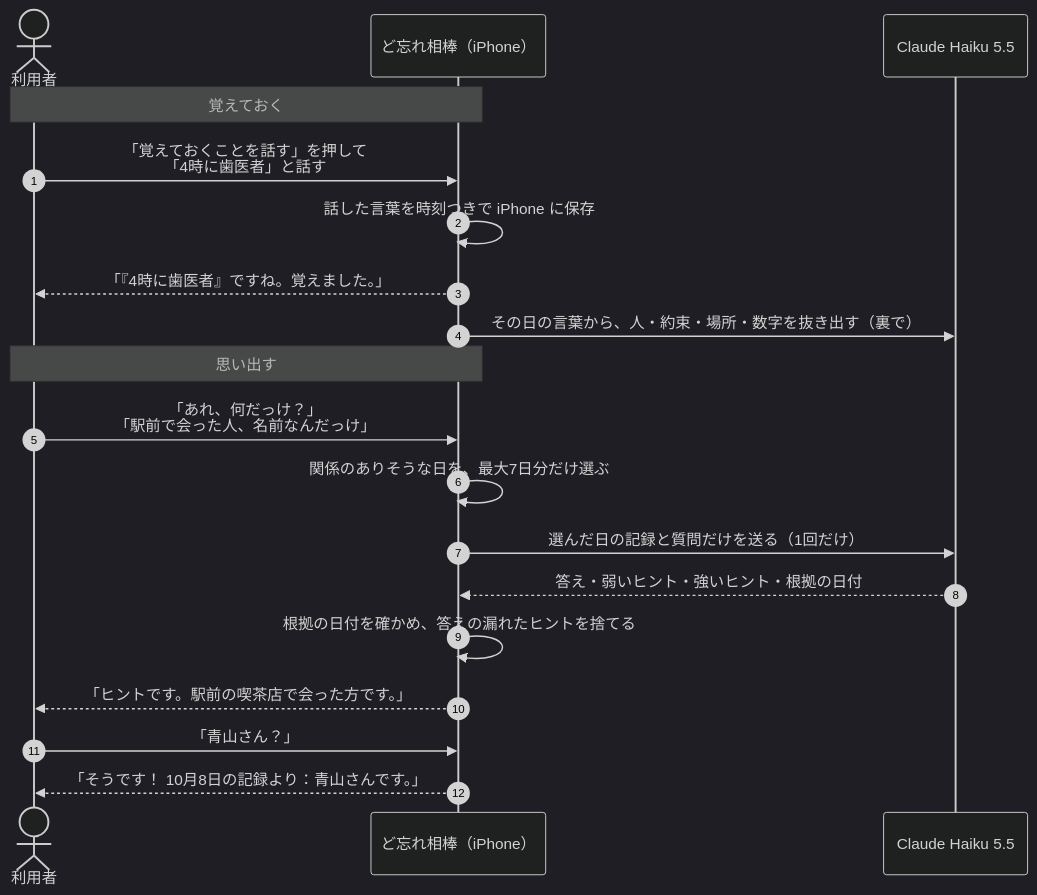
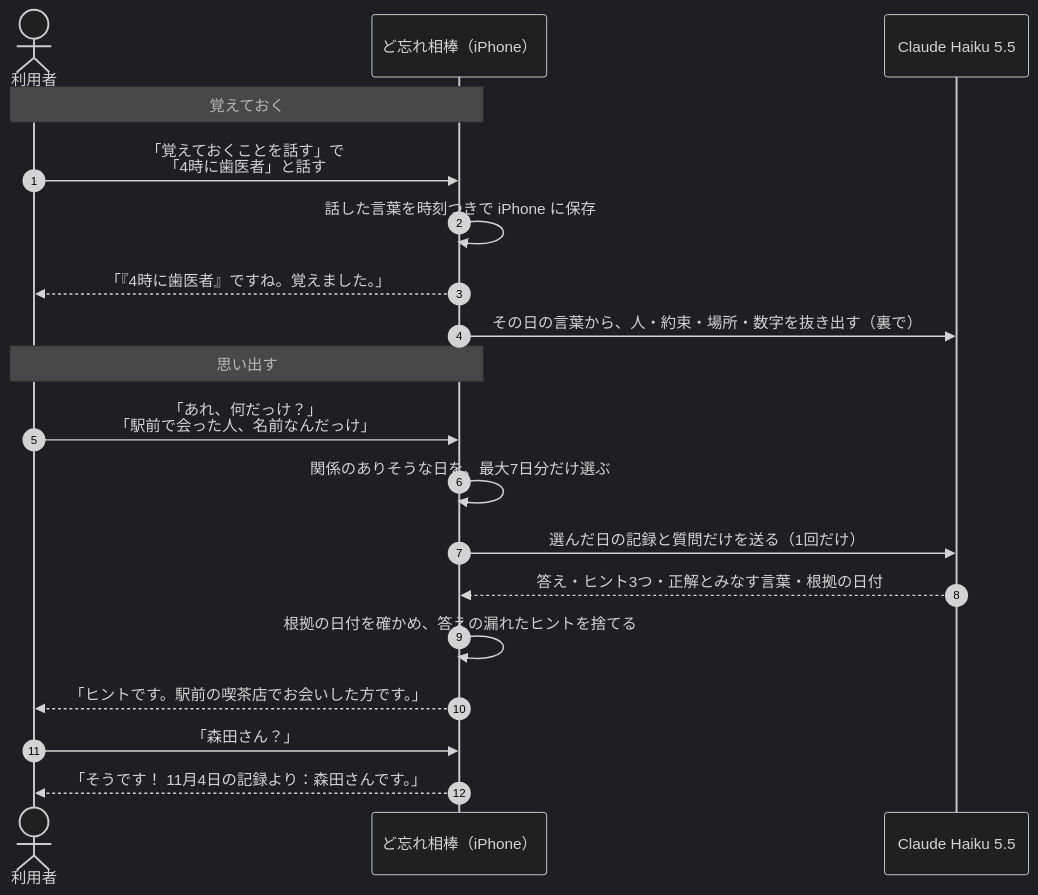
One commit to TadFuji/dowasure-aibou changed the first of 2 diagrams in README.md. Above: the diagram before and after it, drawn with Mermaid (dark theme). The commit also changed other lines of this file and 13 other files, not shown here.

````diff
--- a/README.md
+++ b/README.md
@@ -45,23 +97,23 @@
 ```mermaid
 sequenceDiagram
     autonumber
     actor U as 利用者
     participant A as ど忘れ相棒（iPhone）
     participant C as Claude Haiku 5.5
 
     Note over U,A: 覚えておく
-    U->>A: 「覚えておくことを話す」を押して<br/>「4時に歯医者」と話す
+    U->>A: 「覚えておくことを話す」で<br/>「4時に歯医者」と話す
     A->>A: 話した言葉を時刻つきで iPhone に保存
     A-->>U: 「『4時に歯医者』ですね。覚えました。」
     A->>C: その日の言葉から、人・約束・場所・数字を抜き出す（裏で）
 
     Note over U,A: 思い出す
     U->>A: 「あれ、何だっけ？」<br/>「駅前で会った人、名前なんだっけ」
     A->>A: 関係のありそうな日を、最大7日分だけ選ぶ
     A->>C: 選んだ日の記録と質問だけを送る（1回だけ）
-    C-->>A: 答え・弱いヒント・強いヒント・根拠の日付
+    C-->>A: 答え・ヒント3つ・正解とみなす言葉・根拠の日付
     A->>A: 根拠の日付を確かめ、答えの漏れたヒントを捨てる
-    A-->>U: 「ヒントです。駅前の喫茶店で会った方です。」
-    U->>A: 「青山さん？」
-    A-->>U: 「そうです！ 10月8日の記録より：青山さんです。」
+    A-->>U: 「ヒントです。駅前の喫茶店でお会いした方です。」
+    U->>A: 「森田さん？」
+    A-->>U: 「そうです！ 11月4日の記録より：森田さんです。」
 ```
````
